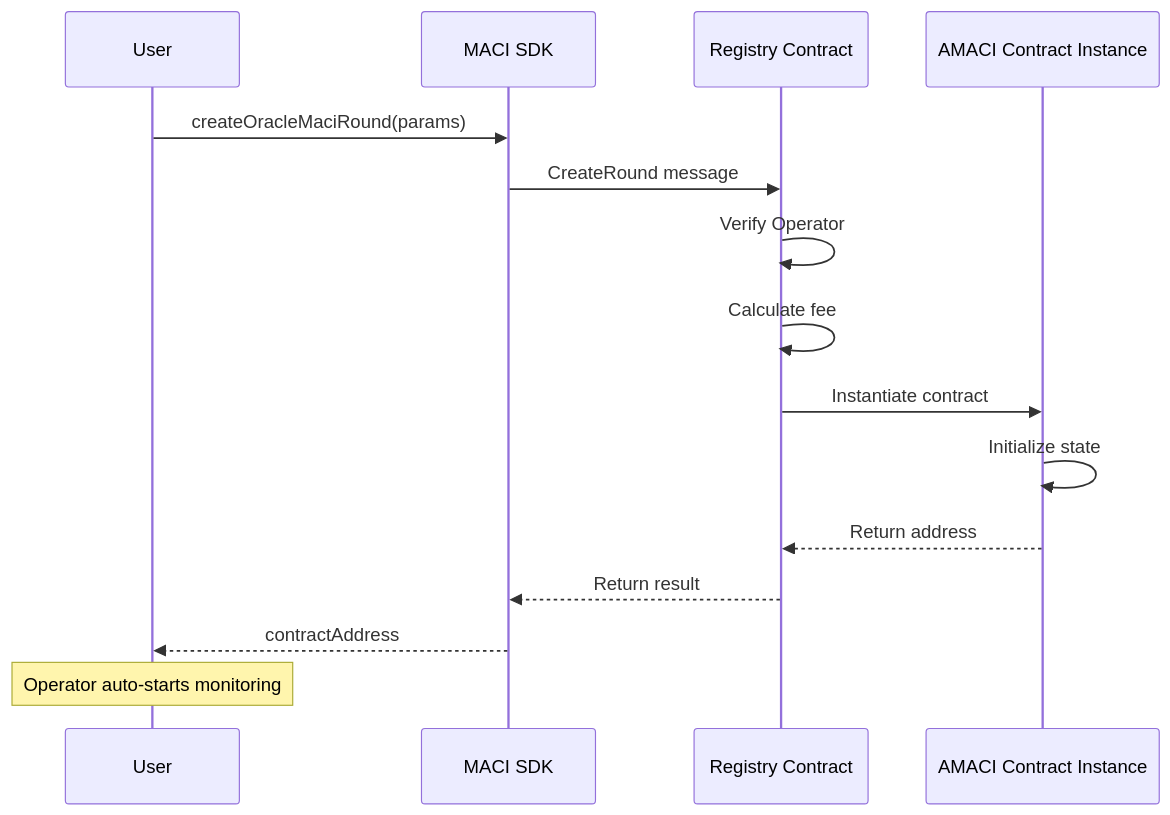
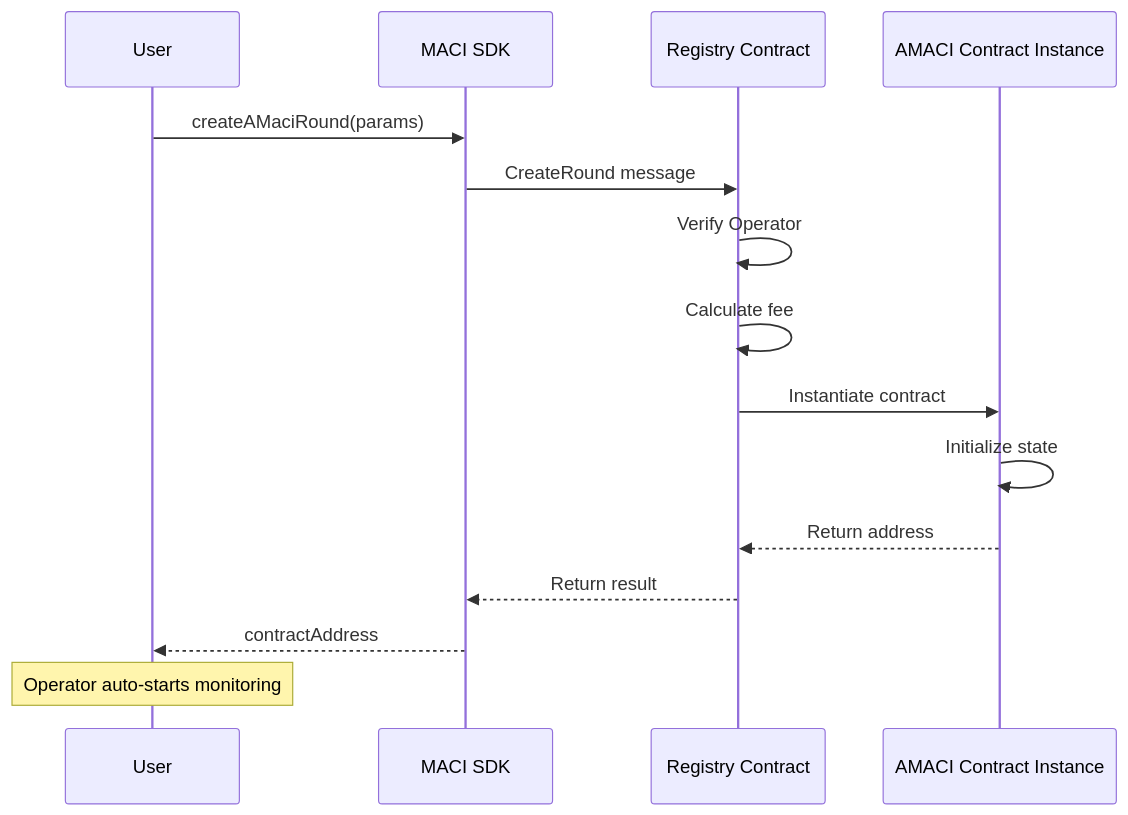
One commit to DoraFactory/maci changed the fifth of 7 diagrams in docs/content/en/docs/contracts/registry.mdx. Above: the diagram before and after it, drawn with Mermaid. The commit also changed other lines of this file and 29 other files, not shown here.

````diff
--- a/docs/content/en/docs/contracts/registry.mdx
+++ b/docs/content/en/docs/contracts/registry.mdx
@@ -215,17 +215,17 @@
 ```mermaid
 sequenceDiagram
     participant User as User
     participant SDK as MACI SDK
     participant Registry as Registry Contract
     participant AMACI as AMACI Contract Instance
-    User->>SDK: createOracleMaciRound(params)
+    User->>SDK: createAMaciRound(params)
     SDK->>Registry: CreateRound message
     Registry->>Registry: Verify Operator
     Registry->>Registry: Calculate fee
     Registry->>AMACI: Instantiate contract
     AMACI->>AMACI: Initialize state
     AMACI-->>Registry: Return address
     Registry-->>SDK: Return result
     SDK-->>User: contractAddress
     Note over User: Operator auto-starts monitoring
 ```
````
